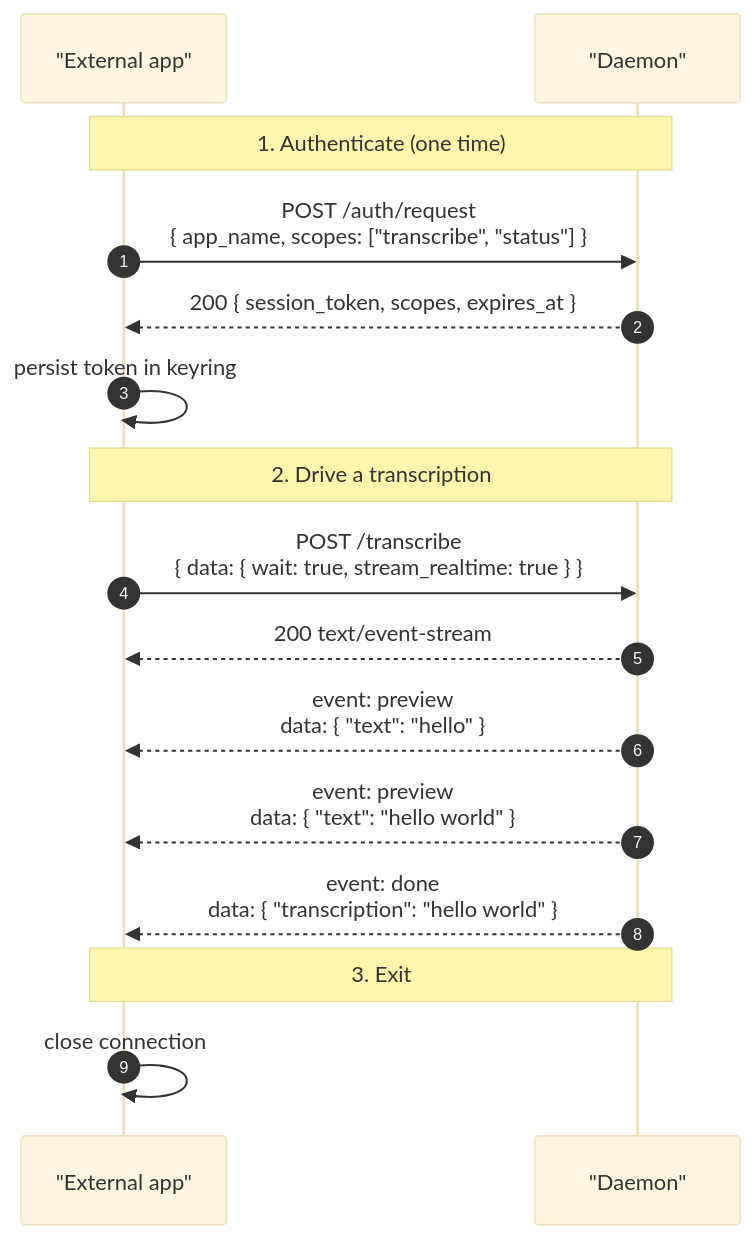
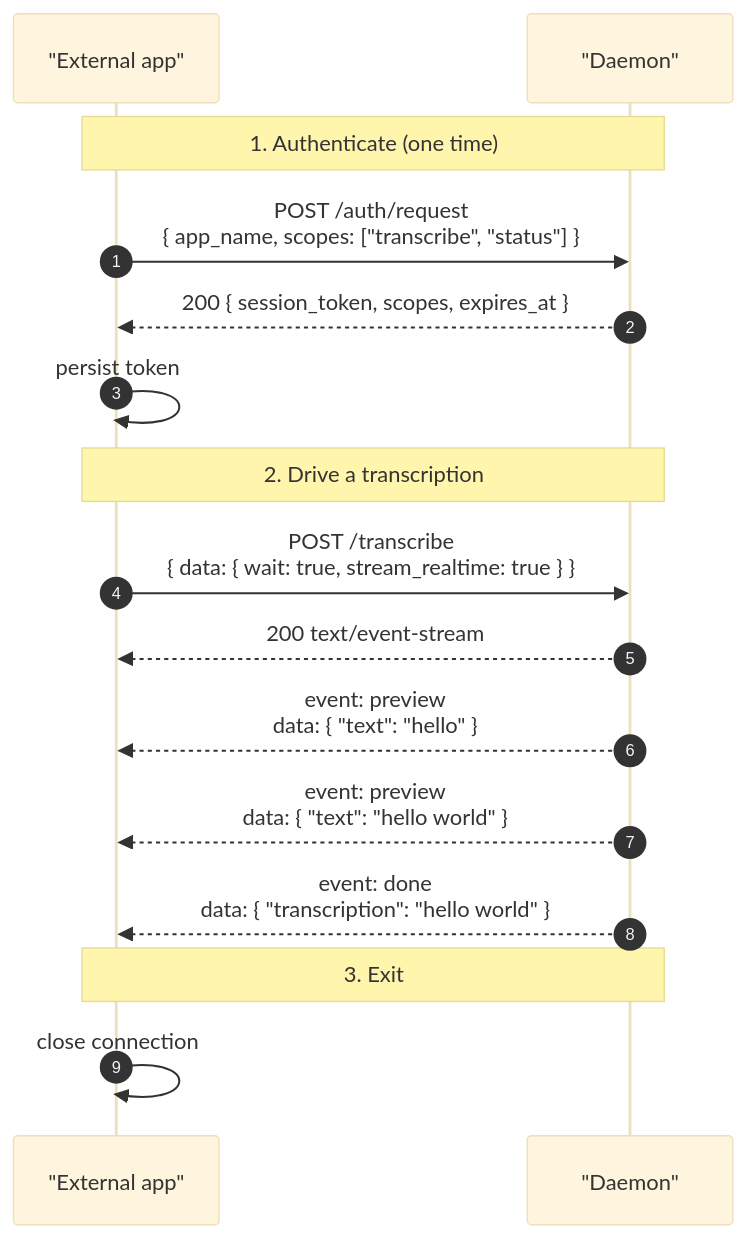
The diagram in docs/protocol/scopes/transcribe.md (jorge-menjivar/super-stt), drawn with Mermaid (base theme) before and after one commit. The commit also changed 100 other files, not shown here.

````diff
--- a/docs/protocol/scopes/transcribe.md
+++ b/docs/protocol/scopes/transcribe.md
@@ -62,21 +62,21 @@
 ```mermaid
 sequenceDiagram
     autonumber
     participant App as "External app"
     participant D as "Daemon"
 
     Note over App,D: 1. Authenticate (one time)
     App->>D: POST /auth/request<br/>{ app_name, scopes: ["transcribe", "status"] }
     D-->>App: 200 { session_token, scopes, expires_at }
-    App->>App: persist token in keyring
+    App->>App: persist token
 
     Note over App,D: 2. Drive a transcription
     App->>D: POST /transcribe<br/>{ data: { wait: true, stream_realtime: true } }
     D-->>App: 200 text/event-stream
     D-->>App: event: preview<br/>data: { "text": "hello" }
     D-->>App: event: preview<br/>data: { "text": "hello world" }
     D-->>App: event: done<br/>data: { "transcription": "hello world" }
 
     Note over App,D: 3. Exit
     App->>App: close connection
 ```
````
